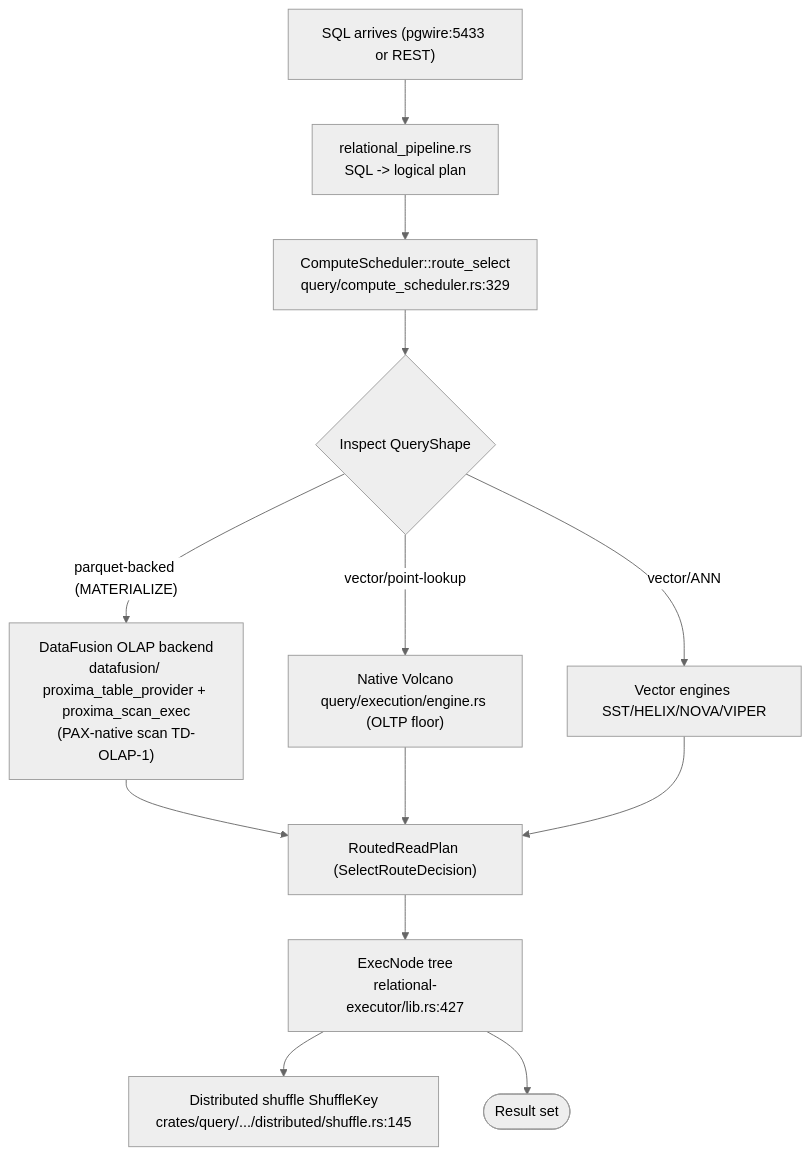
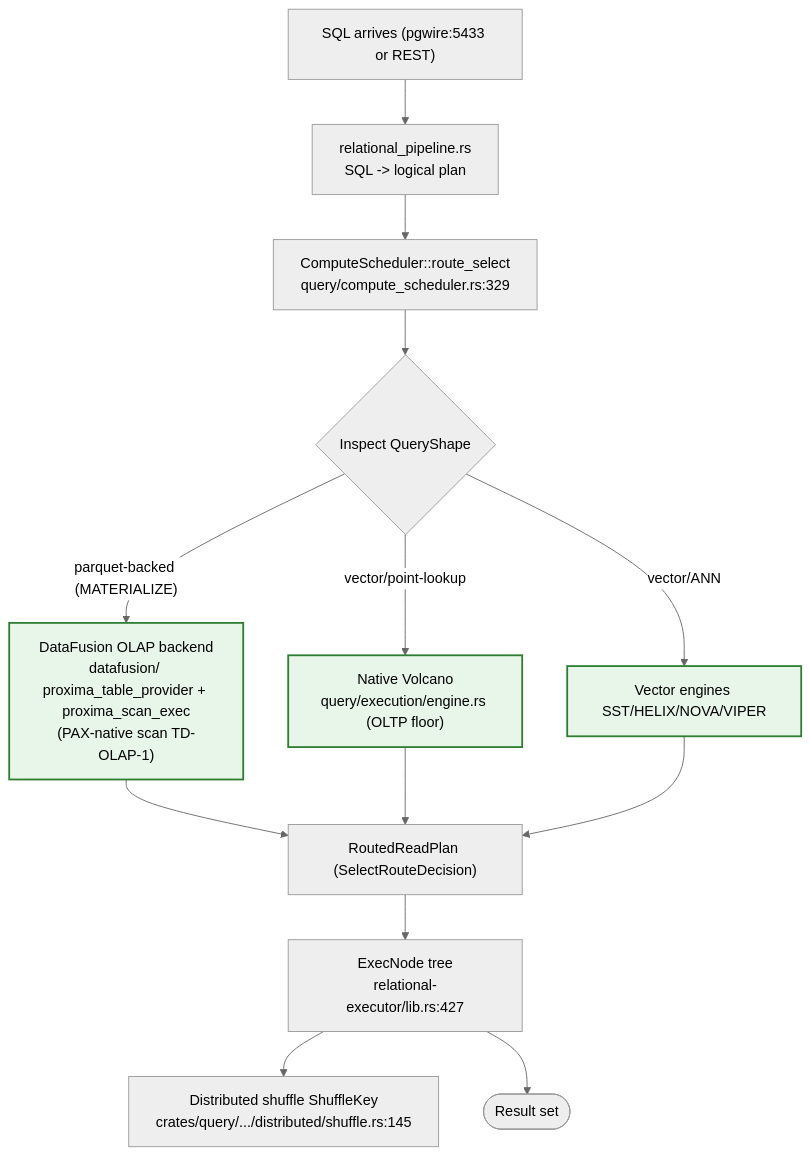
One commit to vjsingh1984/proximaDB changed the fifth of 17 diagrams in docs/architecture-diagrams/atlas.md. Above: the diagram before and after it, drawn with Mermaid (neutral theme). The commit also changed other lines of this file and 16 other files, not shown here.

````diff
--- a/docs/architecture-diagrams/atlas.md
+++ b/docs/architecture-diagrams/atlas.md
@@ -184,15 +190,15 @@
 ```mermaid
 flowchart TD
     SQL["SQL arrives (pgwire:5433 or REST)"] --> LOWER["relational_pipeline.rs<br/>SQL -> logical plan"]
     LOWER --> SCHED["ComputeScheduler::route_select<br/>query/compute_scheduler.rs:329"]
     SCHED --> SHAPE{"Inspect QueryShape"}
     SHAPE -->|"parquet-backed (MATERIALIZE)"| DF["DataFusion OLAP backend<br/>datafusion/ proxima_table_provider + proxima_scan_exec<br/>(PAX-native scan TD-OLAP-1)"]
     SHAPE -->|"vector/point-lookup"| NATIVE["Native Volcano<br/>query/execution/engine.rs (OLTP floor)"]
     SHAPE -->|"vector/ANN"| ANN["Vector engines SST/HELIX/NOVA/VIPER"]
     DF & NATIVE & ANN --> RRP["RoutedReadPlan (SelectRouteDecision)"]
     RRP --> EXEC["ExecNode tree<br/>relational-executor/lib.rs:427"]
     EXEC --> DIST["Distributed shuffle ShuffleKey<br/>crates/query/.../distributed/shuffle.rs:145"]
     EXEC --> RESULT([Result set])
-    classDef seam fill:
+    classDef seam fill:#e8f5e9,stroke:#2e7d32,stroke-width:2px
     class DF,NATIVE,ANN seam
 ```
````
